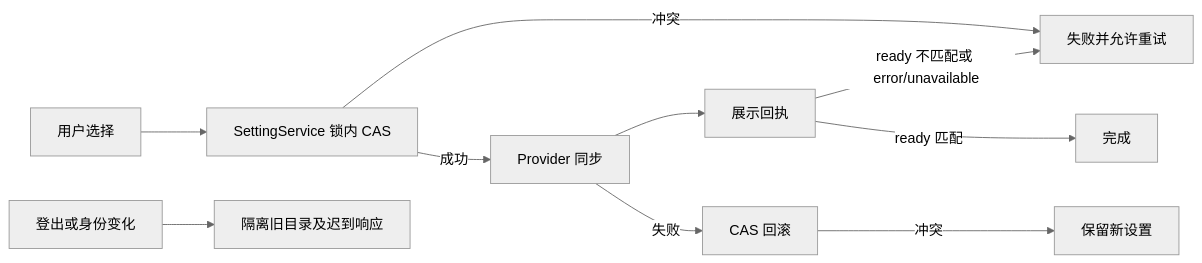
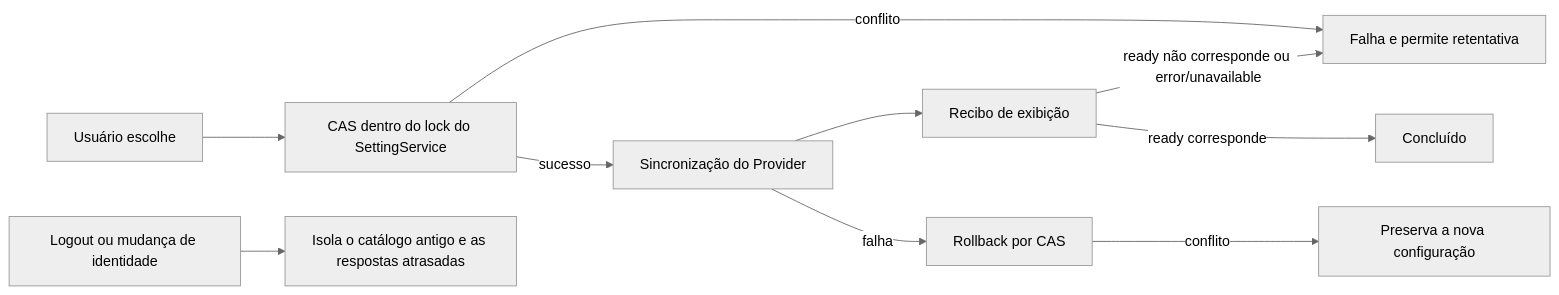
The diagram in docs/composer-model-thinking.md (JoaoNetoDev/BR-Code), drawn with Mermaid (neutral theme) before and after one commit. The commit also changed other lines of this file and 177 other files, not shown here.

````diff
--- a/docs/composer-model-thinking.md
+++ b/docs/composer-model-thinking.md
@@ -271,12 +274,12 @@
 ```mermaid
 flowchart LR
-  A[用户选择] --> B[SettingService 锁内 CAS]
-  B -->|冲突| F[失败并允许重试]
-  B -->|成功| C[Provider 同步]
-  C --> D[展示回执]
-  D -->|ready 匹配| E[完成]
-  D -->|ready 不匹配或 error/unavailable| F
-  C -->|失败| G[CAS 回滚]
-  G -->|冲突| H[保留新设置]
-  I[登出或身份变化] --> J[隔离旧目录及迟到响应]
+  A[Usuário escolhe] --> B[CAS dentro do lock do SettingService]
+  B -->|conflito| F[Falha e permite retentativa]
+  B -->|sucesso| C[Sincronização do Provider]
+  C --> D[Recibo de exibição]
+  D -->|ready corresponde| E[Concluído]
+  D -->|ready não corresponde ou error/unavailable| F
+  C -->|falha| G[Rollback por CAS]
+  G -->|conflito| H[Preserva a nova configuração]
+  I[Logout ou mudança de identidade] --> J[Isola o catálogo antigo e as respostas atrasadas]
 ```
````
